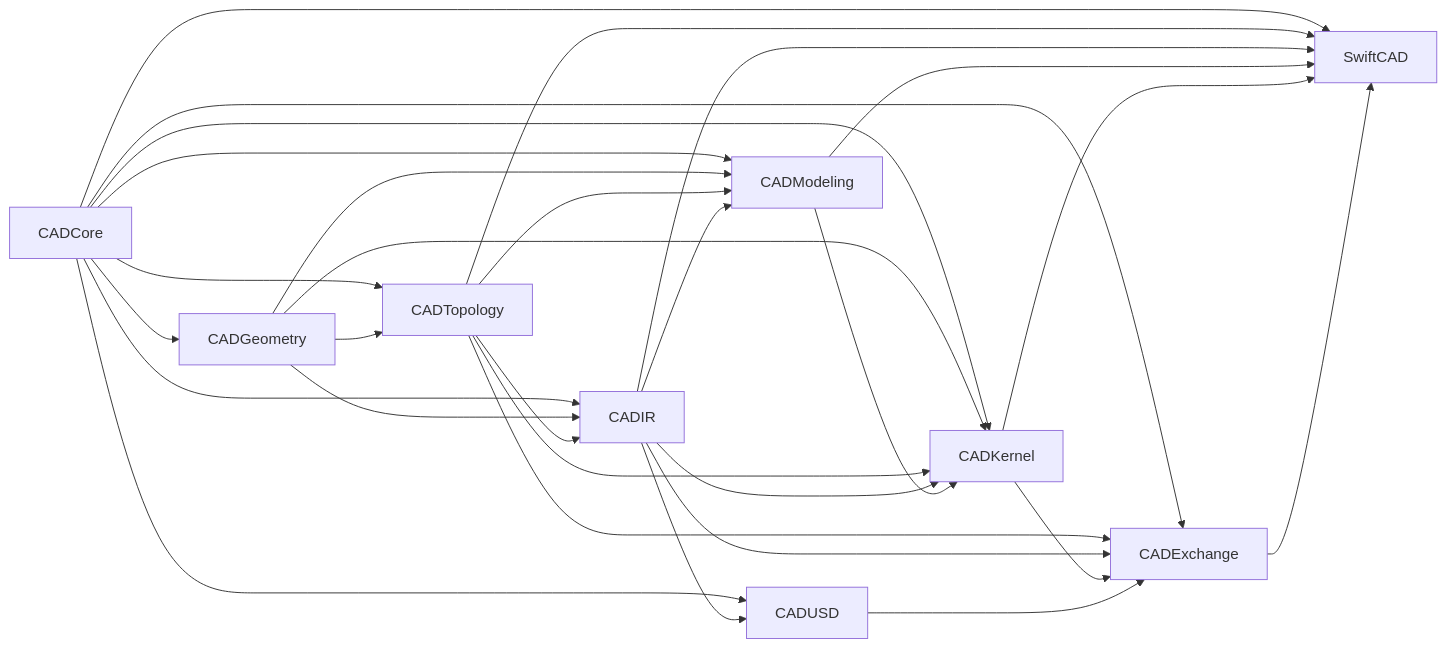
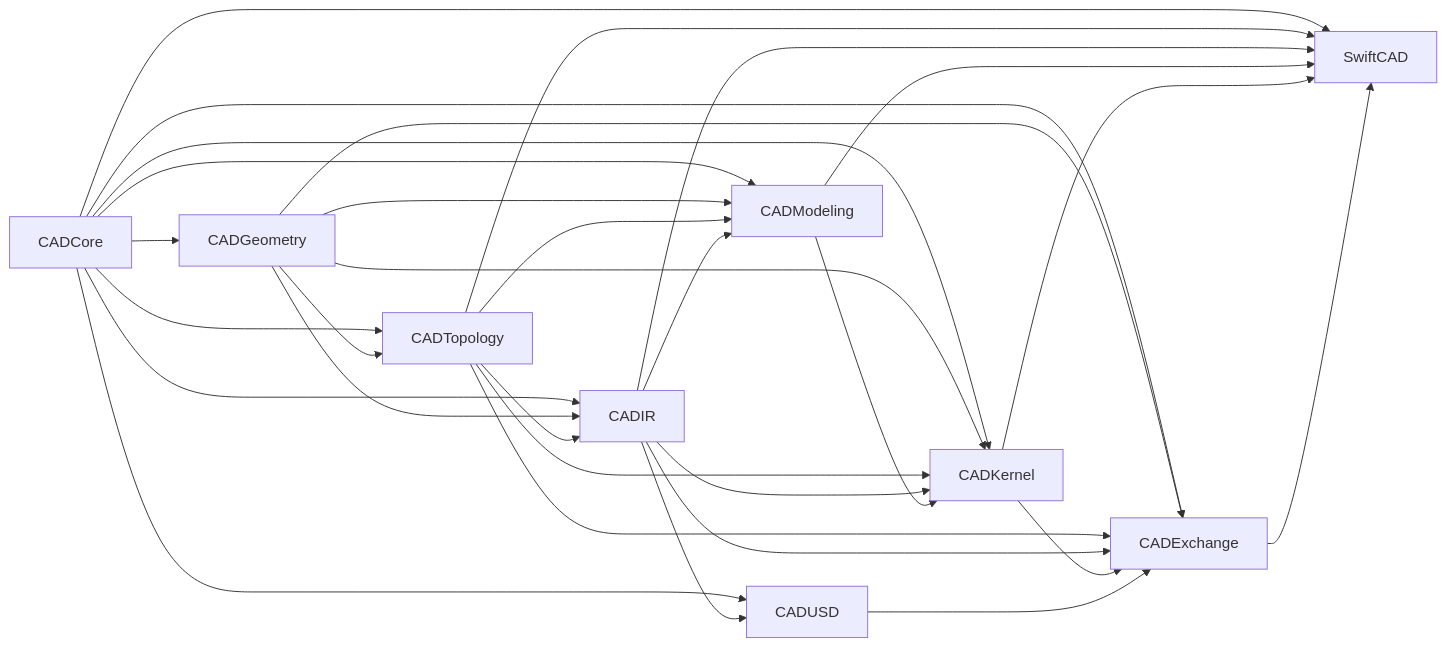
One commit to 1amageek/swift-CAD changed the second of 4 diagrams in README.md. Above: the diagram before and after it, drawn with Mermaid. The commit also changed other lines of this file and 129 other files, not shown here.

````diff
--- a/README.md
+++ b/README.md
@@ -41,31 +41,32 @@
 ```mermaid
 flowchart LR
     CADCore --> CADGeometry["CADGeometry"]
     CADCore --> CADTopology["CADTopology"]
     CADGeometry --> CADTopology
     CADCore --> CADIR["CADIR"]
     CADGeometry --> CADIR
     CADTopology --> CADIR
     CADCore --> CADModeling["CADModeling"]
     CADGeometry --> CADModeling
     CADTopology --> CADModeling
     CADIR --> CADModeling
     CADCore --> CADKernel["CADKernel"]
     CADGeometry --> CADKernel
     CADTopology --> CADKernel
     CADIR --> CADKernel
     CADModeling --> CADKernel
     CADCore --> CADUSD["CADUSD"]
     CADIR --> CADUSD
     CADCore --> CADExchange["CADExchange"]
+    CADGeometry --> CADExchange
     CADTopology --> CADExchange
     CADIR --> CADExchange
     CADKernel --> CADExchange
     CADUSD --> CADExchange
     CADCore --> SwiftCAD["SwiftCAD"]
     CADTopology --> SwiftCAD
     CADIR --> SwiftCAD
     CADModeling --> SwiftCAD
     CADKernel --> SwiftCAD
     CADExchange --> SwiftCAD
 ```
````
